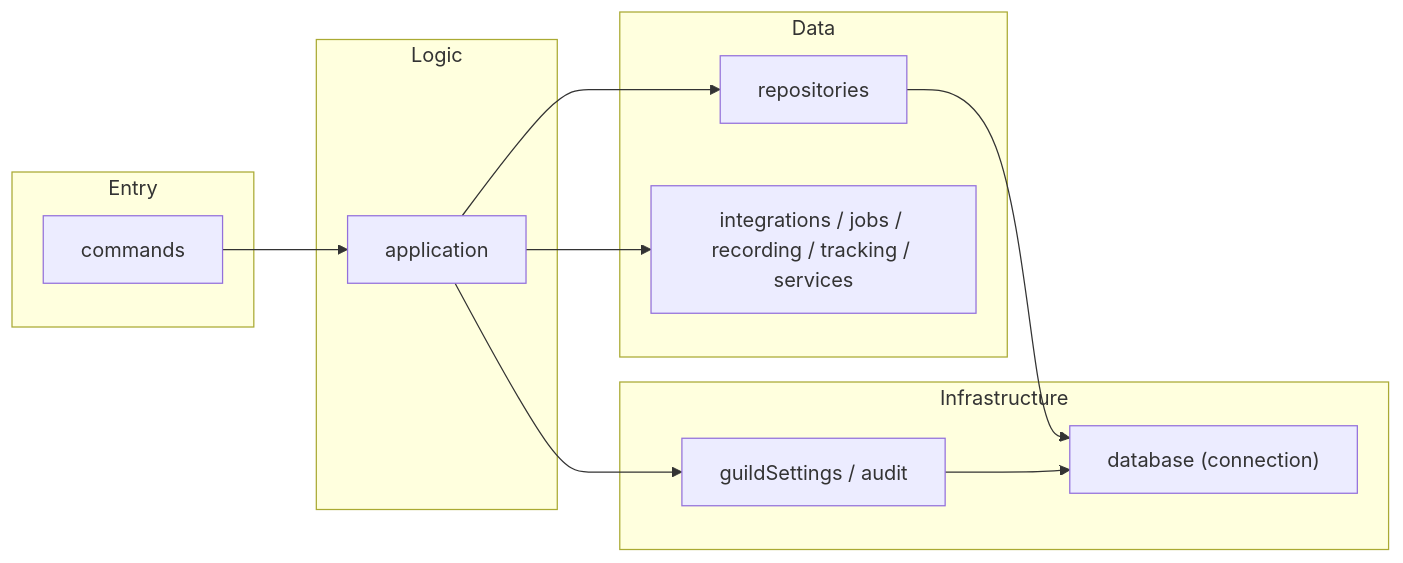
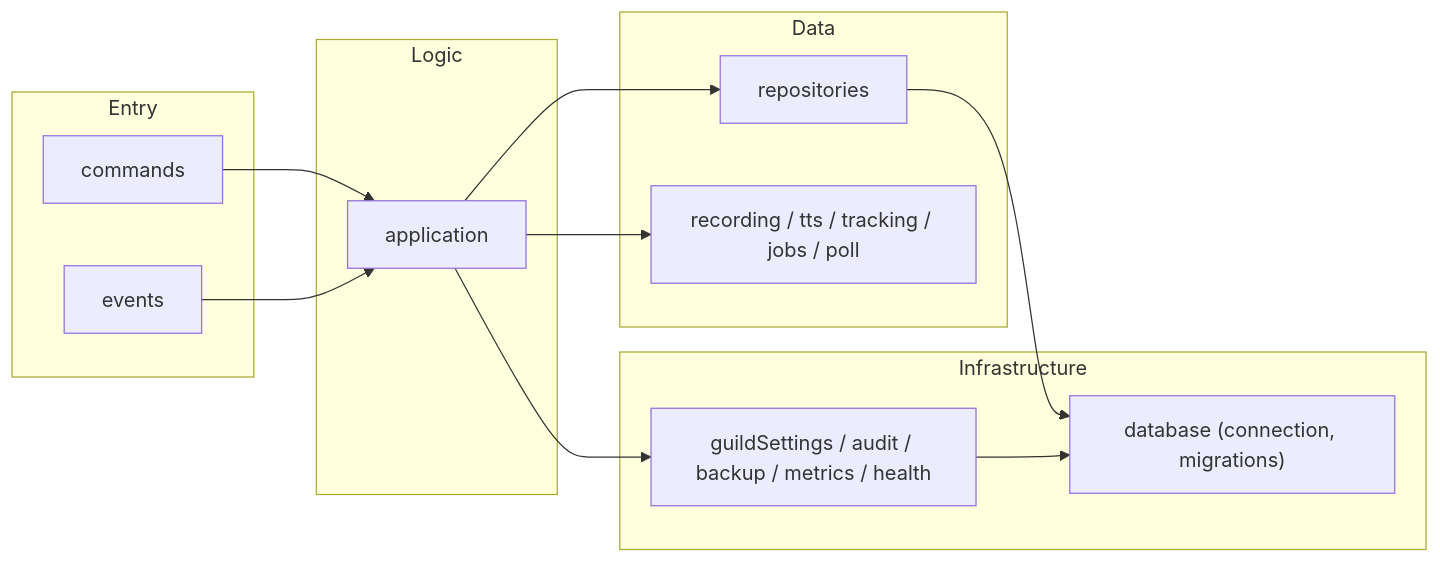
Before and after one commit to iam74k4/Bot-Discord: the third of 6 diagrams in docs/architecture.md, drawn with Mermaid. The commit also changed other lines of this file and 25 other files, not shown here.

First line of the commit message:
docs/ops: 構成図・staging/production 運用手順・ALLOWED_GUILD_IDS (#218)

````diff
--- a/docs/architecture.md
+++ b/docs/architecture.md
@@ -139,24 +91,26 @@
 ```mermaid
 flowchart LR
   subgraph Entry
     commands["commands"]
+    events["events"]
   end
   subgraph Logic
     application["application"]
   end
   subgraph Data
     repositories["repositories"]
-    runtimeFolders["integrations / jobs / recording / tracking / services"]
+    runtimeFolders["recording / tts / tracking / jobs / poll"]
   end
   subgraph Infrastructure
-    database["database (connection)"]
-    sharedInfra["guildSettings / audit"]
+    database["database (connection, migrations)"]
+    sharedInfra["guildSettings / audit / backup / metrics / health"]
   end
 
   commands --> application
+  events --> application
   application --> repositories
   application --> runtimeFolders
   application --> sharedInfra
   repositories --> database
   sharedInfra --> database
 ```
````
